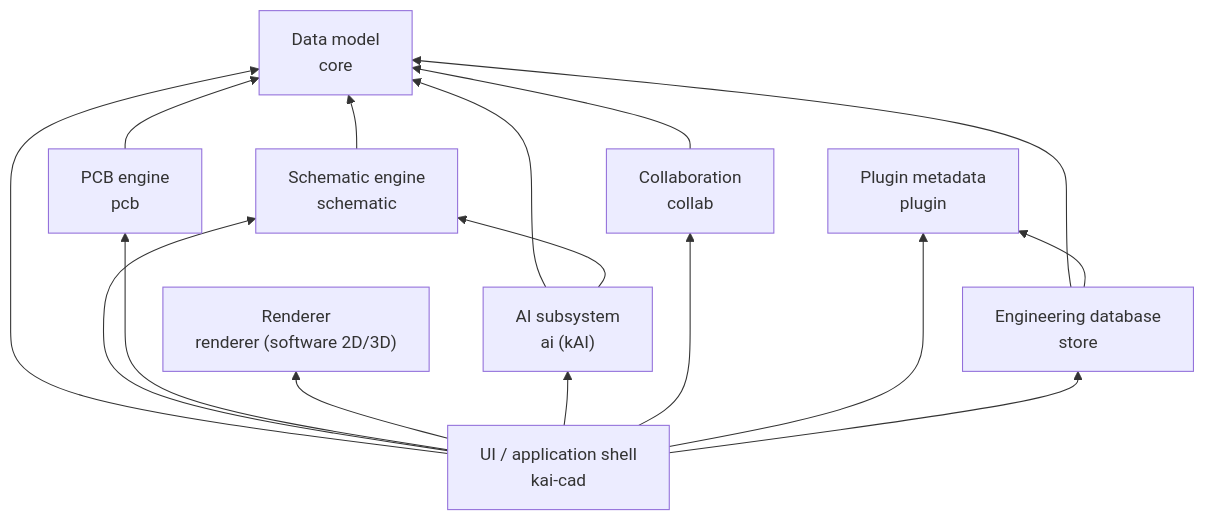
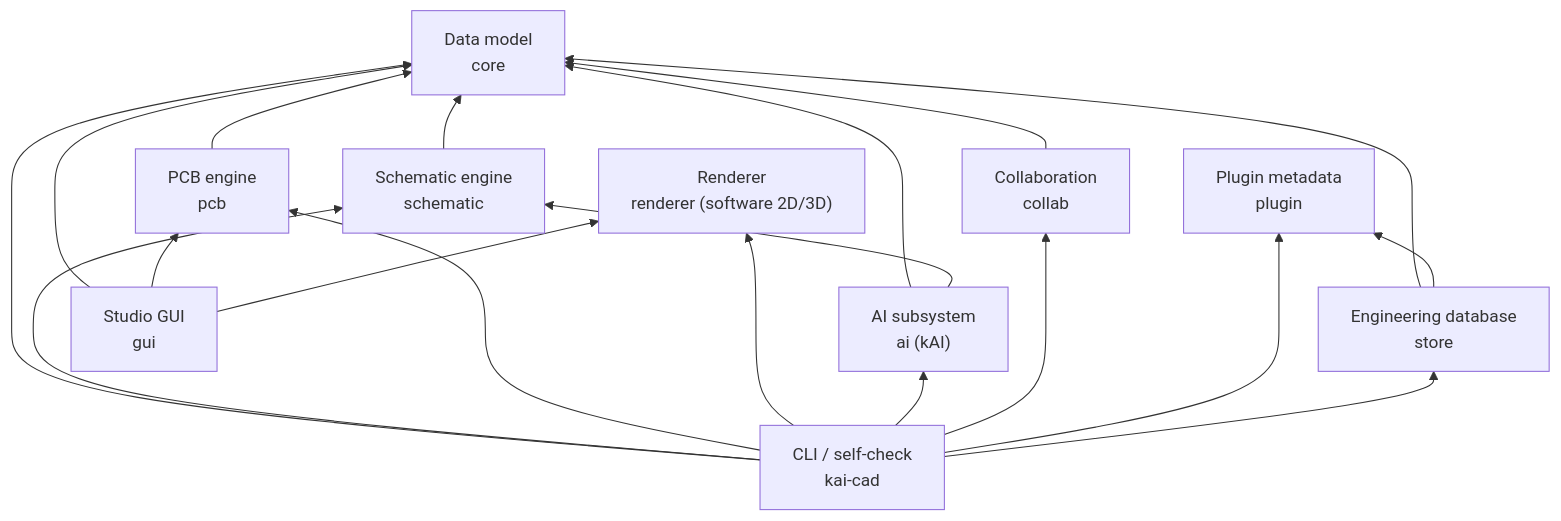
One commit to sneakylizard123-4/KaiCad changed the second of 3 diagrams in docs/ARCHITECTURE.md. Above: the diagram before and after it, drawn with Mermaid. The commit also changed other lines of this file and 16 other files, not shown here.

````diff
--- a/docs/ARCHITECTURE.md
+++ b/docs/ARCHITECTURE.md
@@ -71,28 +80,32 @@
 ```mermaid
 flowchart BT
     data["Data model<br/>core"]
     schematic["Schematic engine<br/>schematic"]
     pcb["PCB engine<br/>pcb"]
     render["Renderer<br/>renderer (software 2D/3D)"]
     ai["AI subsystem<br/>ai (kAI)"]
     collab["Collaboration<br/>collab"]
     plugin["Plugin metadata<br/>plugin"]
     store["Engineering database<br/>store"]
-    ui["UI / application shell<br/>kai-cad"]
+    cli["CLI / self-check<br/>kai-cad"]
+    studio["Studio GUI<br/>gui"]
 
     schematic --> data
     pcb --> data
     ai --> data
     ai --> schematic
     collab --> data
     store --> data
     store --> plugin
-    ui --> data
-    ui --> schematic
-    ui --> pcb
-    ui --> render
-    ui --> ai
-    ui --> collab
-    ui --> plugin
-    ui --> store
+    cli --> data
+    cli --> schematic
+    cli --> pcb
+    cli --> render
+    cli --> ai
+    cli --> collab
+    cli --> plugin
+    cli --> store
+    studio --> data
+    studio --> pcb
+    studio --> render
 ```
````
